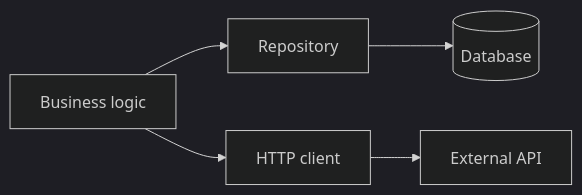
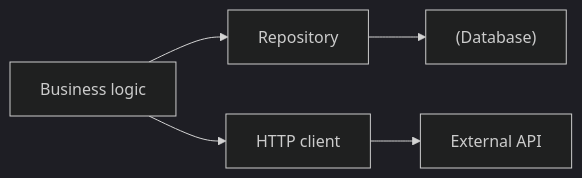
Before and after one commit to Ravikisha/PythonCentralHub: the diagram in src/content/docs/Software Testing and Quality/Phase 2 - Levels of Testing/Integration Testing Testing Module Interactions.mdx, drawn with Mermaid (dark theme). The commit also changed 610 other files, not shown here.

````diff
--- a/src/content/docs/Software Testing and Quality/Phase 2 - Levels of Testing/Integration Testing Testing Module Interactions.mdx
+++ b/src/content/docs/Software Testing and Quality/Phase 2 - Levels of Testing/Integration Testing Testing Module Interactions.mdx
@@ -26,8 +26,8 @@
 ```mermaid
 graph LR
 A[Business logic] --> B[Repository]
-B --> C[(Database)]
+B --> C["(Database)"]
 
 A --> D[HTTP client]
 D --> E[External API]
 ```
````
